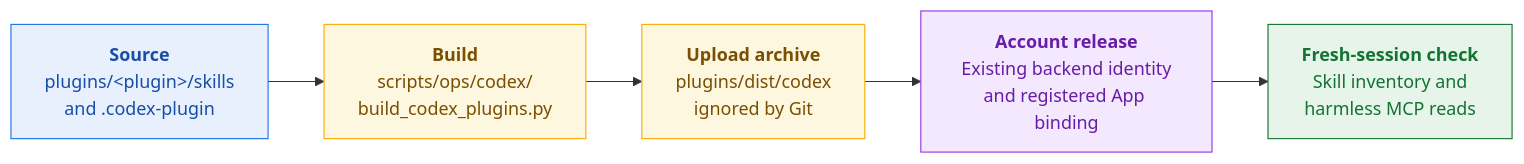
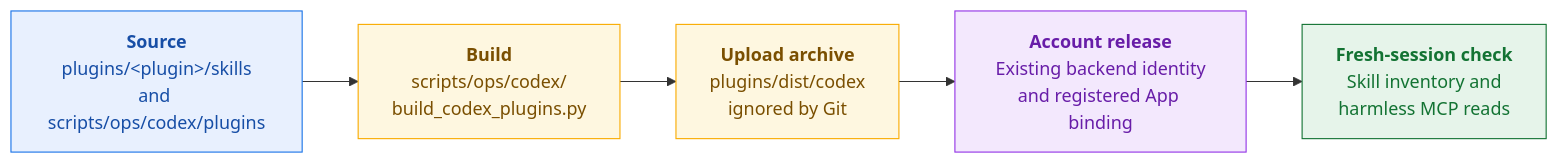
Before and after one commit to Welladino/Horology: the first of 2 diagrams in docs/runbook/subscription-agents/codex_plugin_maintenance.md, drawn with Mermaid. The commit also changed other lines of this file and 11 other files, not shown here.

First line of the commit message:
Move Codex plugin config and the Codex dispatch adapter beside their builder

````diff
--- a/docs/runbook/subscription-agents/codex_plugin_maintenance.md
+++ b/docs/runbook/subscription-agents/codex_plugin_maintenance.md
@@ -7,19 +7,19 @@
 ```mermaid
 flowchart LR
-  source["<b>Source</b><br/>plugins/&lt;plugin&gt;/skills<br/>and .codex-plugin"]
+  source["<b>Source</b><br/>plugins/&lt;plugin&gt;/skills<br/>and scripts/ops/codex/plugins"]
   build["<b>Build</b><br/>scripts/ops/codex/<br/>build_codex_plugins.py"]
   archive["<b>Upload archive</b><br/>plugins/dist/codex<br/>ignored by Git"]
   account["<b>Account release</b><br/>Existing backend identity<br/>and registered App binding"]
   verify["<b>Fresh-session check</b><br/>Skill inventory and<br/>harmless MCP reads"]
 
   source --> build --> archive --> account --> verify
 
   classDef sourceStyle fill:#e8f0fe,stroke:#1a73e8,color:#174ea6
   classDef generated fill:#fef7e0,stroke:#f9ab00,color:#7a4f01
   classDef external fill:#f3e8fd,stroke:#9334e6,color:#681da8
   classDef checked fill:#e6f4ea,stroke:#137333,color:#137333
   class source sourceStyle
   class build,archive generated
   class account external
   class verify checked
 ```
````
